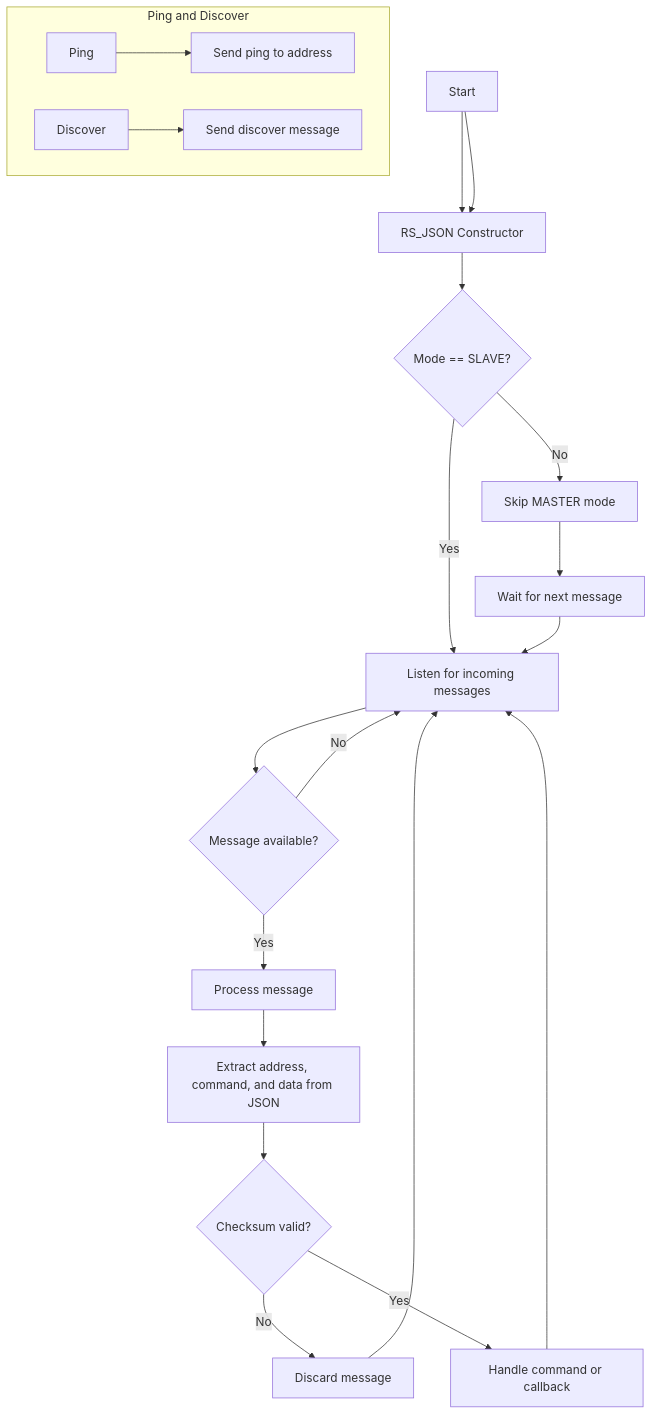
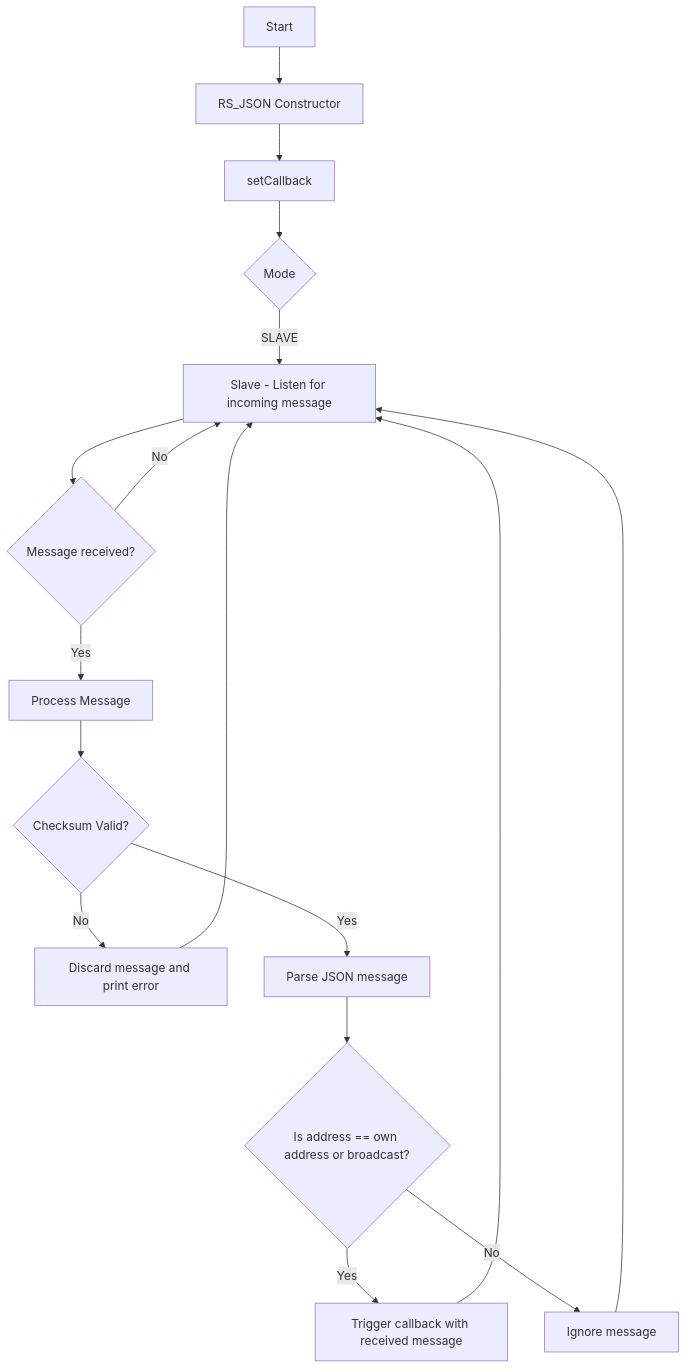
One commit to vlmm/rs_json changed the second of 2 diagrams in docs/control_flow_bul.md. Above: the diagram before and after it, drawn with Mermaid. The commit also changed other lines of this file, not shown here.

Commit message:
Revise control flow documentation for SLAVE mode
Updated flowchart and explanations for SLAVE mode processing steps.

````diff
--- a/docs/control_flow_bul.md
+++ b/docs/control_flow_bul.md
@@ -58,23 +58,21 @@
 ```mermaid
 flowchart TD
     A[Start] --> B[RS_JSON Constructor]
-    B --> C{Mode == SLAVE?}
-    C -->|Yes| D[Listen for incoming messages]
-    C -->|No| F[Skip MASTER mode]
-    D --> G{Message available?}
-    G -->|Yes| H[Process message]
-    G -->|No| D
-    H --> I[Extract address, command, and data from JSON]
-    I --> J{Checksum valid?}
-    J -->|No| K[Discard message]
-    J -->|Yes| L[Handle command or callback]
-    K --> D
-    L --> D
-    F --> Q[Wait for next message]
-    Q --> D
-    subgraph Ping and Discover
-        P1[Ping] --> P2[Send ping to address]
-        P3[Discover] --> P4[Send discover message]
-    end
-    A --> B
+    B --> C[setCallback<callback>]
+    C --> D{Mode}
+    D -->|SLAVE| E[Slave - Listen for incoming message]
+    
+    E --> F{Message received?}
+    F -->|No| E
+    F -->|Yes| G[Process Message <Checksum validation>]
+    G --> H{Checksum Valid?}
+    H -->|No| I[Discard message and print error]
+    H -->|Yes| J[Parse JSON message]
+    I --> E
+    
+    J --> K{Is address == own address or broadcast?}
+    K -->|Yes| L[Trigger callback with received message]
+    K -->|No| M[Ignore message]
+    L --> E
+    M --> E
 ```
````
